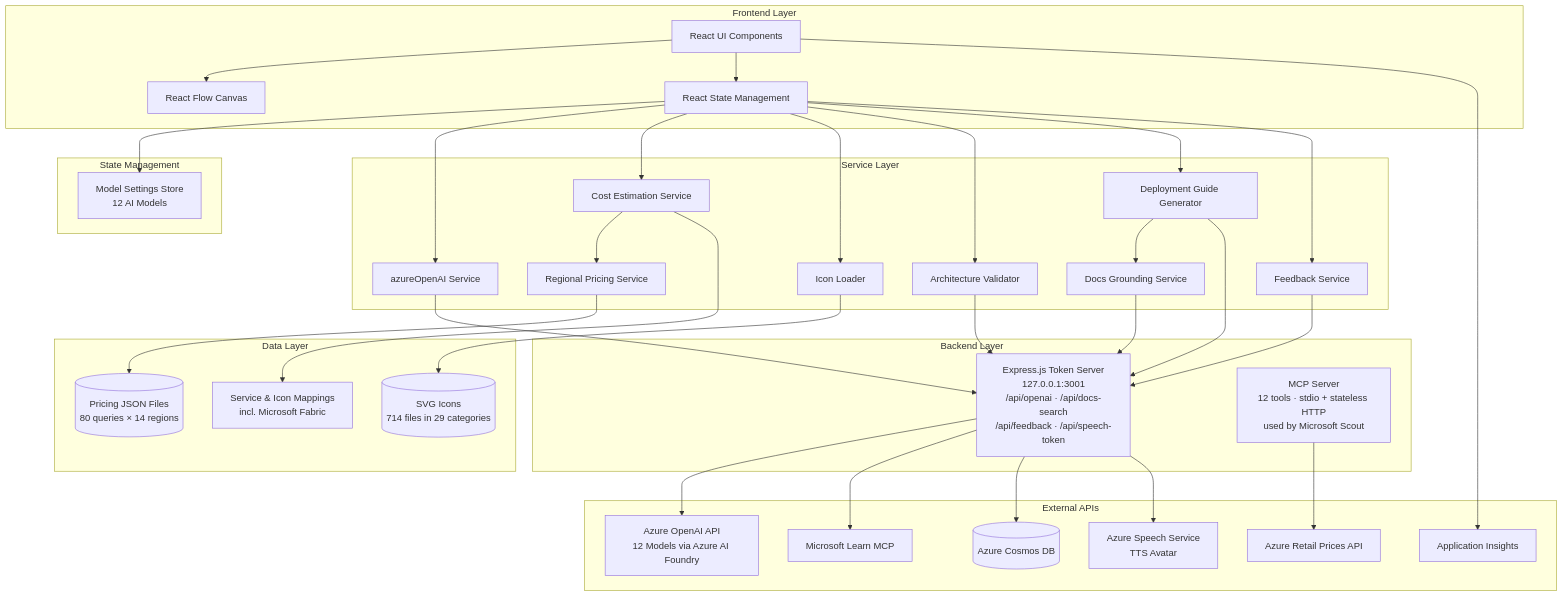
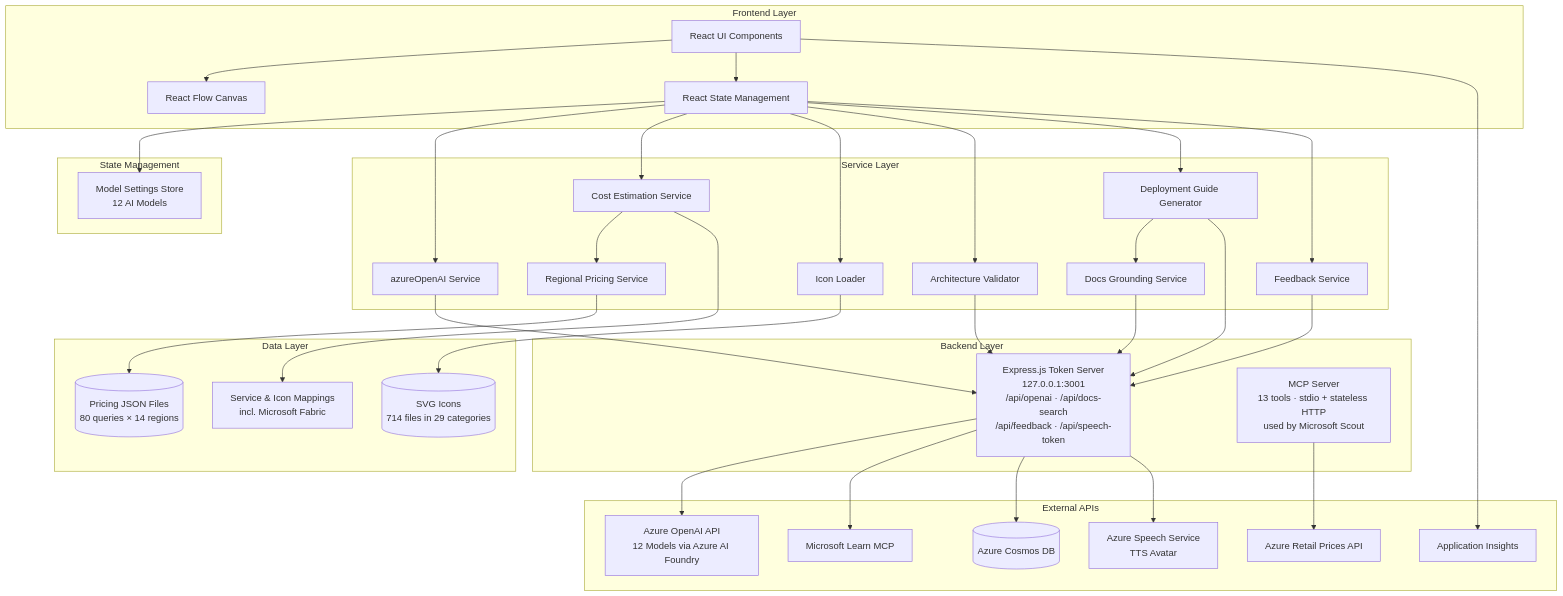
One commit to Arturo-Quiroga-MSFT/azure-architecture-diagram-builder changed the first of 5 diagrams in DOCS/ARCHITECTURE.md. Above: the diagram before and after it, drawn with Mermaid. The commit also changed other lines of this file and 8 other files, not shown here.

Commit message:
feat(mcp): compare regional architecture costs

````diff
--- a/DOCS/ARCHITECTURE.md
+++ b/DOCS/ARCHITECTURE.md
@@ -15,69 +15,69 @@
 ```mermaid
 graph TB
     subgraph "Frontend Layer"
         UI[React UI Components]
         RF[React Flow Canvas]
         State[React State Management]
     end
 
     subgraph "Service Layer"
         AI[azureOpenAI Service]
         Pricing[Cost Estimation Service]
         Regional[Regional Pricing Service]
         Icons[Icon Loader]
         Validator[Architecture Validator]
         DeployGen[Deployment Guide Generator]
         DocsGround[Docs Grounding Service]
         Feedback[Feedback Service]
     end
 
     subgraph "State Management"
         ModelStore[Model Settings Store<br/>12 AI Models]
     end
 
     subgraph "Data Layer"
         PricingData[(Pricing JSON Files<br/>80 queries × 14 regions)]
         IconData[(SVG Icons<br/>714 files in 29 categories)]
         Mappings[Service & Icon Mappings<br/>incl. Microsoft Fabric]
     end
 
     subgraph "Backend Layer"
         TokenServer[Express.js Token Server<br/>127.0.0.1:3001<br/>/api/openai · /api/docs-search<br/>/api/feedback · /api/speech-token]
-        MCP[MCP Server<br/>12 tools · stdio + stateless HTTP<br/>used by Microsoft Scout]
+        MCP[MCP Server<br/>13 tools · stdio + stateless HTTP<br/>used by Microsoft Scout]
     end
 
     subgraph "External APIs"
         OpenAI[Azure OpenAI API<br/>12 Models via Azure AI Foundry]
         LearnMCP[Microsoft Learn MCP]
         AzureAPI[Azure Retail Prices API]
         Cosmos[(Azure Cosmos DB)]
         AppInsightsAPI[Application Insights]
         SpeechAPI[Azure Speech Service<br/>TTS Avatar]
     end
 
     UI --> RF
     UI --> State
     State --> ModelStore
     State --> AI
     State --> Pricing
     State --> Icons
     State --> Validator
     State --> DeployGen
     State --> Feedback
     DeployGen --> DocsGround
     AI --> TokenServer
     Validator --> TokenServer
     DeployGen --> TokenServer
     DocsGround --> TokenServer
     Feedback --> TokenServer
     Pricing --> Regional
     Regional --> PricingData
     Icons --> IconData
     Pricing --> Mappings
     TokenServer --> OpenAI
     TokenServer --> LearnMCP
     TokenServer --> Cosmos
     TokenServer --> SpeechAPI
     UI --> AppInsightsAPI
     MCP --> AzureAPI
 ```
````
